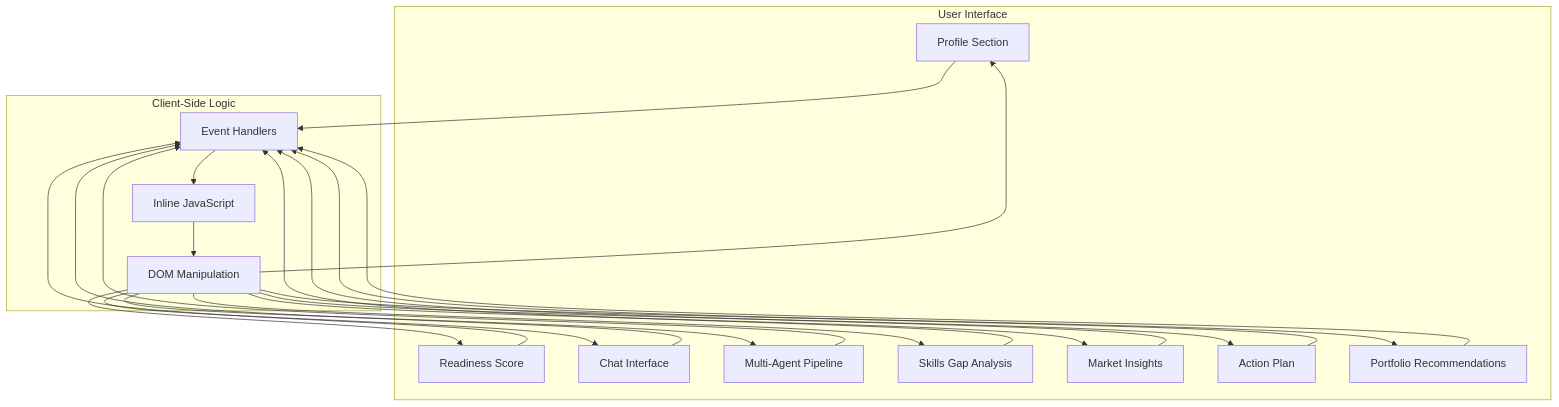
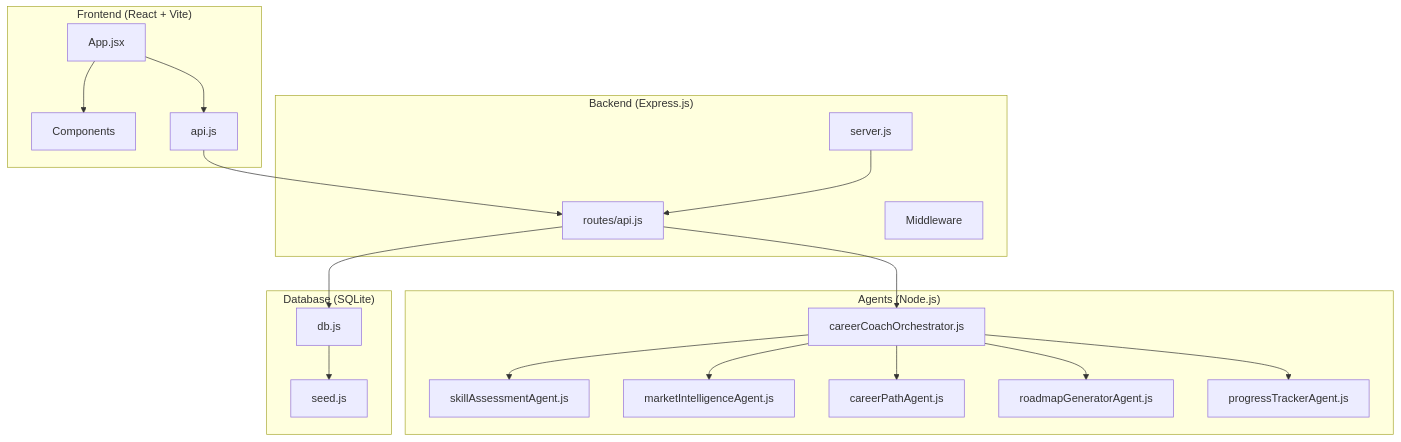
One commit to Alishba-Moin/CareerCompass changed the first of 7 diagrams in .qoder/repowiki/en/content/Technical Implementation.md. Above: the diagram before and after it, drawn with Mermaid. The commit also changed other lines of this file and 38 other files, not shown here.

Commit message:
Add Roadmap pdf download option

````diff
--- a/.qoder/repowiki/en/content/Technical Implementation.md
+++ b/.qoder/repowiki/en/content/Technical Implementation.md
@@ -89,36 +54,37 @@
 ```mermaid
 graph TB
-subgraph "User Interface"
-P["Profile Section"]
-S["Readiness Score"]
-C["Chat Interface"]
-M["Multi-Agent Pipeline"]
-K["Skills Gap Analysis"]
-T["Market Insights"]
-L["Action Plan"]
-R["Portfolio Recommendations"]
+subgraph "Frontend (React + Vite)"
+FE_App["App.jsx"]
+FE_Components["Components"]
+FE_API["api.js"]
 end
-subgraph "Client-Side Logic"
-JS["Inline JavaScript"]
-EV["Event Handlers"]
-DOM["DOM Manipulation"]
+subgraph "Backend (Express.js)"
+BE_Server["server.js"]
+BE_Routes["routes/api.js"]
+BE_Middleware["Middleware"]
 end
-P --> EV
-S --> EV
-C --> EV
-M --> EV
-K --> EV
-T --> EV
-L --> EV
-R --> EV
-EV --> JS
-JS --> DOM
-DOM --> P
-DOM --> S
-DOM --> C
-DOM --> M
-DOM --> K
-DOM --> T
-DOM --> L
-DOM --> R
+subgraph "Agents (Node.js)"
+AG_Orchestrator["careerCoachOrchestrator.js"]
+AG_Skills["skillAssessmentAgent.js"]
+AG_Market["marketIntelligenceAgent.js"]
+AG_Path["careerPathAgent.js"]
+AG_Roadmap["roadmapGeneratorAgent.js"]
+AG_Progress["progressTrackerAgent.js"]
+end
+subgraph "Database (SQLite)"
+DB_Schema["db.js"]
+DB_Seed["seed.js"]
+end
+FE_App --> FE_Components
+FE_App --> FE_API
+FE_API --> BE_Routes
+BE_Server --> BE_Routes
+BE_Routes --> AG_Orchestrator
+AG_Orchestrator --> AG_Skills
+AG_Orchestrator --> AG_Market
+AG_Orchestrator --> AG_Path
+AG_Orchestrator --> AG_Roadmap
+AG_Orchestrator --> AG_Progress
+BE_Routes --> DB_Schema
+DB_Schema --> DB_Seed
 ```
````
